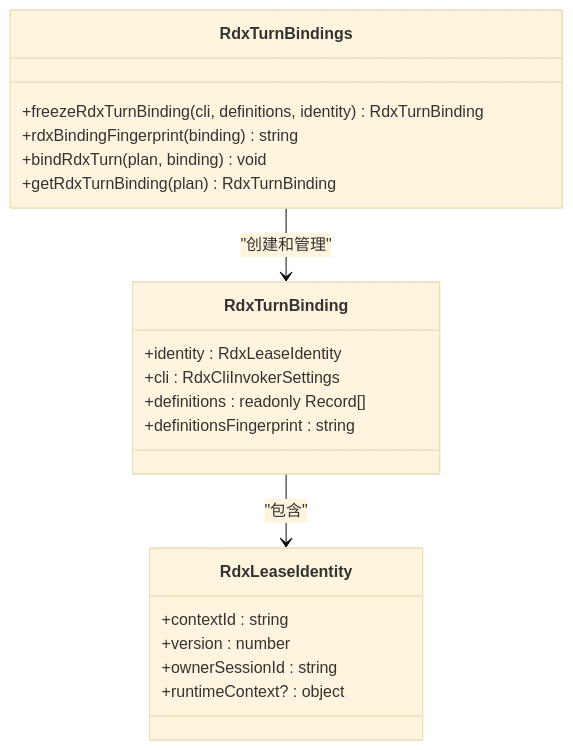
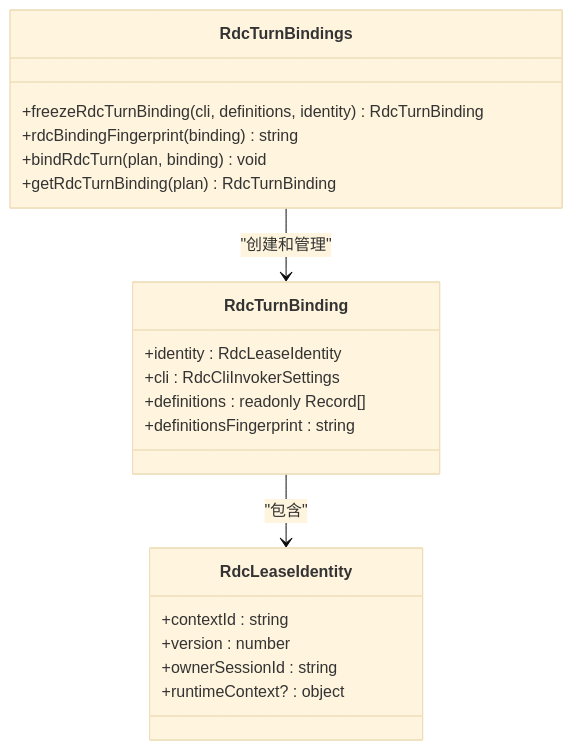
One commit to haolange/RDC-Agent changed diagram 12 of 17 in .qoder/repowiki/zh/content/核心模块/工具系统/工具系统.md. Above: the diagram before and after it, drawn with Mermaid (base theme). The commit also changed other lines of this file and 557 other files, not shown here.

First line of the commit message:
Unify RDC-Agent identity and canonical RDC-Tool integration

````diff
--- a/.qoder/repowiki/zh/content/核心模块/工具系统/工具系统.md
+++ b/.qoder/repowiki/zh/content/核心模块/工具系统/工具系统.md
@@ -551,23 +551,23 @@
 ```mermaid
 classDiagram
-class RdxTurnBinding {
-+identity : RdxLeaseIdentity
-+cli : RdxCliInvokerSettings
+class RdcTurnBinding {
++identity : RdcLeaseIdentity
++cli : RdcCliInvokerSettings
 +definitions : readonly Record[]
 +definitionsFingerprint : string
 }
-class RdxLeaseIdentity {
+class RdcLeaseIdentity {
 +contextId : string
 +version : number
 +ownerSessionId : string
 +runtimeContext? : object
 }
-class RdxTurnBindings {
-+freezeRdxTurnBinding(cli, definitions, identity) RdxTurnBinding
-+rdxBindingFingerprint(binding) string
-+bindRdxTurn(plan, binding) void
-+getRdxTurnBinding(plan) RdxTurnBinding
+class RdcTurnBindings {
++freezeRdcTurnBinding(cli, definitions, identity) RdcTurnBinding
++rdcBindingFingerprint(binding) string
++bindRdcTurn(plan, binding) void
++getRdcTurnBinding(plan) RdcTurnBinding
 }
-RdxTurnBindings --> RdxTurnBinding : "创建和管理"
-RdxTurnBinding --> RdxLeaseIdentity : "包含"
+RdcTurnBindings --> RdcTurnBinding : "创建和管理"
+RdcTurnBinding --> RdcLeaseIdentity : "包含"
 ```
````
